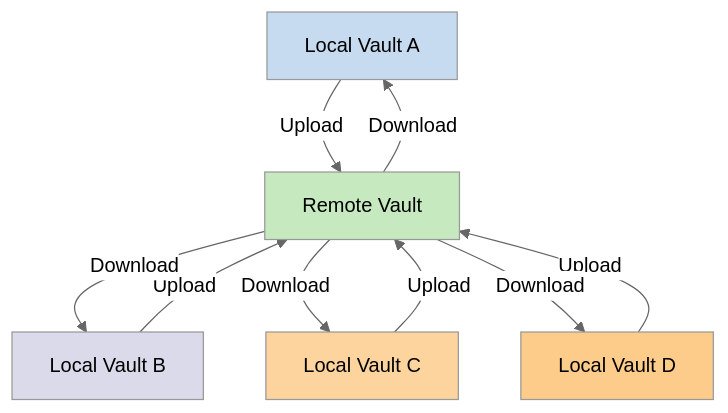
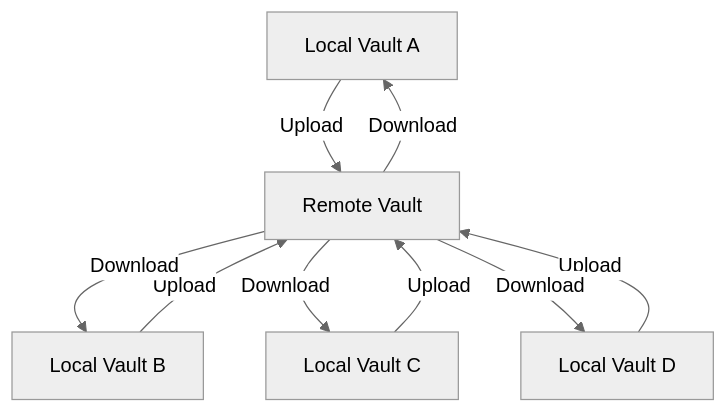
One commit to obsidianmd/obsidian-help changed the second of 2 diagrams in en/Obsidian Sync/Local and remote vaults.md. Above: the diagram before and after it, drawn with Mermaid (neutral theme). The commit also changed other lines of this file, not shown here.

Commit message:
Sync: Remove mermaid fills

````diff
--- a/en/Obsidian Sync/Local and remote vaults.md
+++ b/en/Obsidian Sync/Local and remote vaults.md
@@ -69,23 +62,17 @@
 ```mermaid
 graph TD
    D[Local Vault A]
    L[Local Vault B]
    S[Remote Vault]
    P[Local Vault C]
    T[Local Vault D]
    
    D -->|Upload| S
    S -->|Download| D
    L -->|Upload| S
    S -->|Download| L
    P -->|Upload| S
    S -->|Download| P
    T -->|Upload| S
    S -->|Download| T
-   
-   style D fill:#c6dbef
-   style L fill:#dadaeb
-   style S fill:#c7e9c0
-   style P fill:#fdd49e
-   style T fill:#fdcc8a
 ```
````
